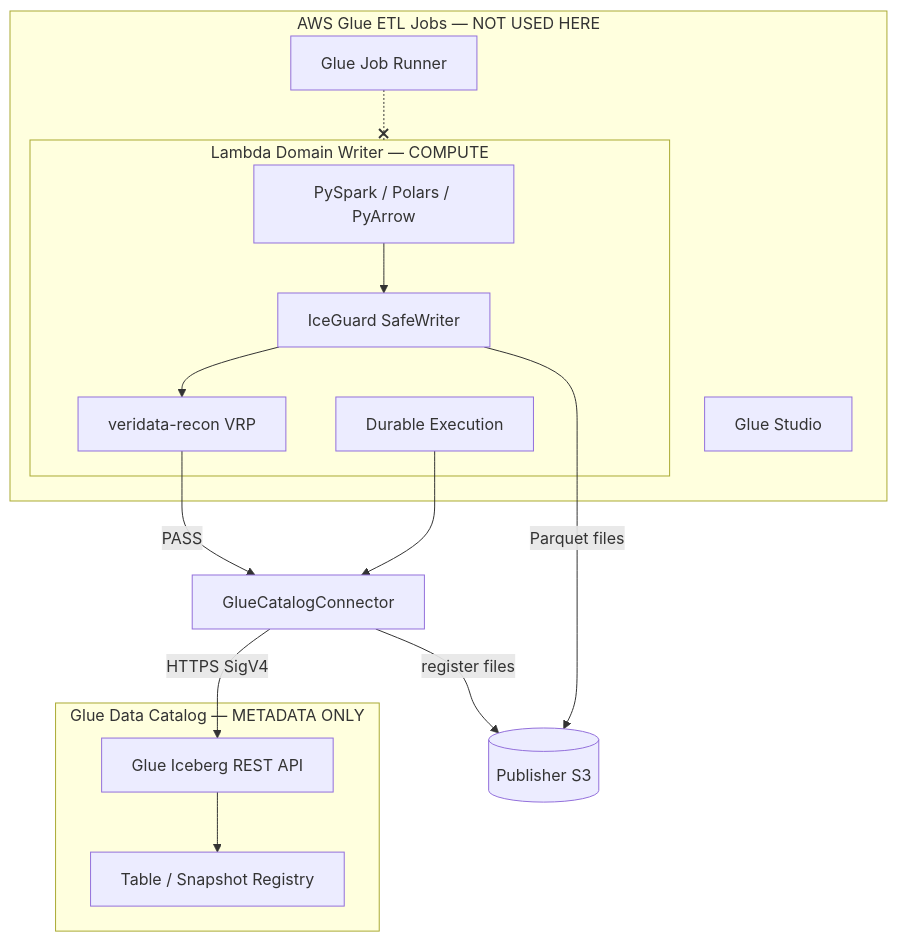
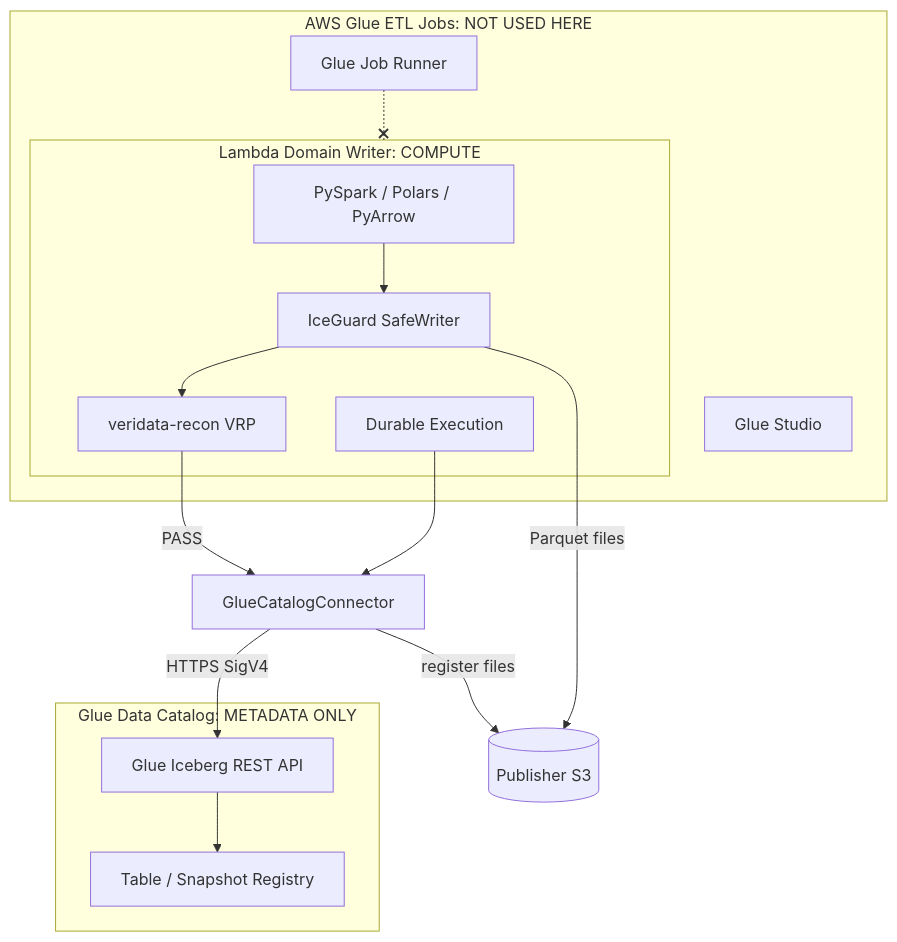
One commit to vaquarkhan/aws-serverless-datamesh-framework changed the first of 7 diagrams in docs/glue-connector.md. Above: the diagram before and after it, drawn with Mermaid. The commit also changed other lines of this file and 30 other files, not shown here.

````diff
--- a/docs/glue-connector.md
+++ b/docs/glue-connector.md
@@ -35,29 +35,29 @@
 ```mermaid
 flowchart TB
-    subgraph lambda [Lambda Domain Writer — COMPUTE]
+    subgraph lambda [Lambda Domain Writer: COMPUTE]
         SPARK[PySpark / Polars / PyArrow]
         IG[IceGuard SafeWriter]
         VRP[veridata-recon VRP]
         DE[Durable Execution]
         SPARK --> IG
         IG --> VRP
     end
 
-    subgraph glue_api [Glue Data Catalog — METADATA ONLY]
+    subgraph glue_api [Glue Data Catalog: METADATA ONLY]
         REST[Glue Iceberg REST API]
         CAT[Table / Snapshot Registry]
         REST --> CAT
     end
 
-    subgraph glue_etl [AWS Glue ETL Jobs — NOT USED HERE]
+    subgraph glue_etl [AWS Glue ETL Jobs: NOT USED HERE]
         JOB[Glue Job Runner]
         STUDIO[Glue Studio]
         JOB -.-x lambda
     end
 
     VRP -->|PASS| CONN[GlueCatalogConnector]
     DE --> CONN
     CONN -->|HTTPS SigV4| REST
     IG -->|Parquet files| S3[(Publisher S3)]
     CONN -->|register files| S3
 ```
````
